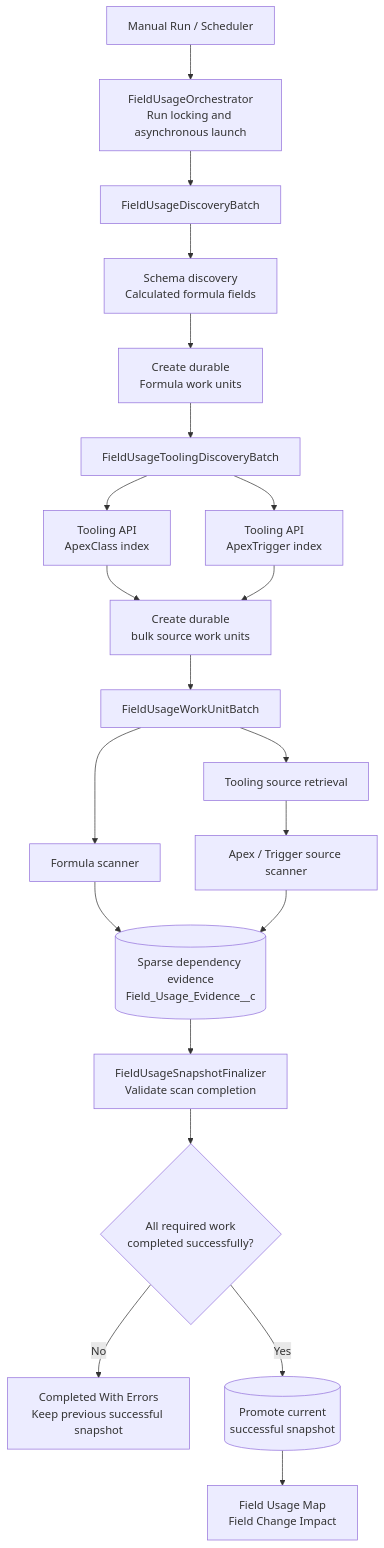
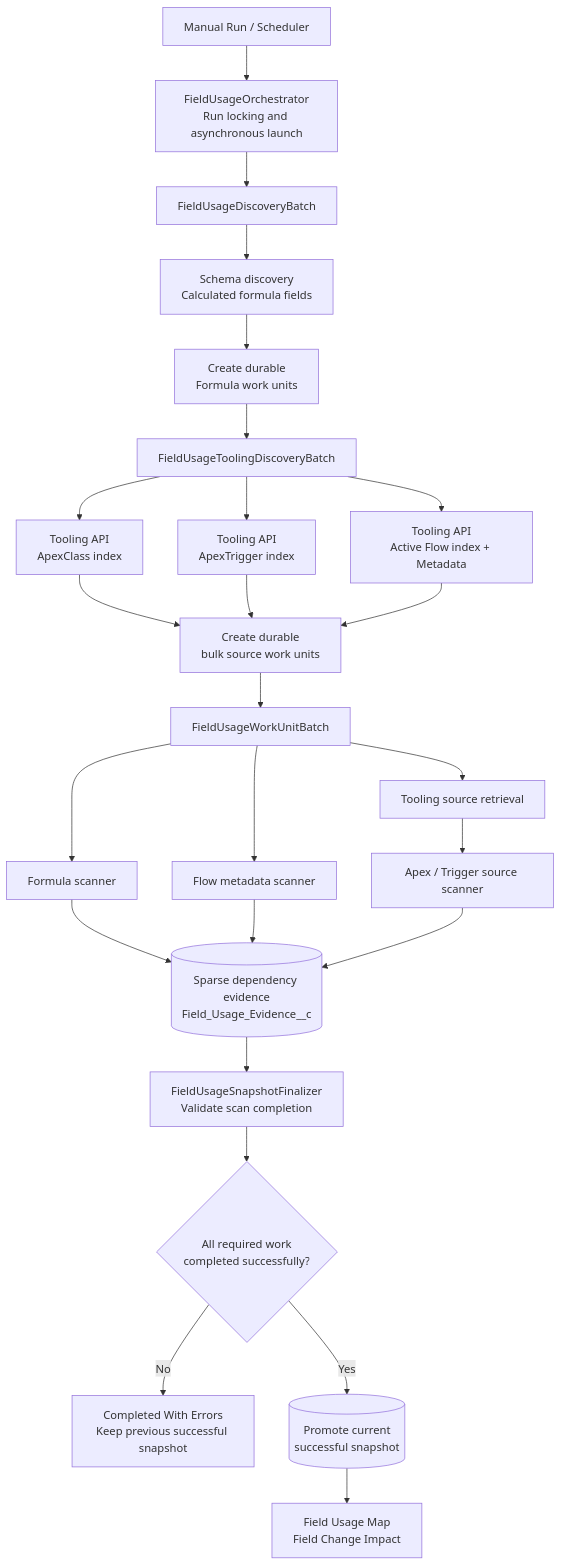
Before and after one commit to vikascohen/Salesforce-ER-Modeller-Studio: the second of 3 diagrams in README.md, drawn with Mermaid. The commit also changed other lines of this file, not shown here.

Commit message:
Phase 3 docs: include active Flow dependency scanning

````diff
--- a/README.md
+++ b/README.md
@@ -72,45 +73,51 @@
 ```mermaid
 flowchart TD
     START["Manual Run / Scheduler"]
     ORCH["FieldUsageOrchestrator<br/>Run locking and asynchronous launch"]
 
     DISC["FieldUsageDiscoveryBatch"]
     FORMULA["Schema discovery<br/>Calculated formula fields"]
     FWORK["Create durable<br/>Formula work units"]
 
     TDISC["FieldUsageToolingDiscoveryBatch"]
     APEXIDX["Tooling API<br/>ApexClass index"]
     TRIGGERIDX["Tooling API<br/>ApexTrigger index"]
+    FLOWIDX["Tooling API<br/>Active Flow index + Metadata"]
     TWORK["Create durable<br/>bulk source work units"]
 
     WORKER["FieldUsageWorkUnitBatch"]
     FSCAN["Formula scanner"]
+    FLOWSCAN["Flow metadata scanner"]
     SOURCE["Tooling source retrieval"]
     ASCAN["Apex / Trigger source scanner"]
     EVIDENCE[("Sparse dependency evidence<br/>Field_Usage_Evidence__c")]
 
     FINAL["FieldUsageSnapshotFinalizer<br/>Validate scan completion"]
     DECISION{"All required work<br/>completed successfully?"}
     ERROR["Completed With Errors<br/>Keep previous successful snapshot"]
     CURRENT[("Promote current<br/>successful snapshot")]
     UI["Field Usage Map<br/>Field Change Impact"]
 
     START --> ORCH --> DISC
     DISC --> FORMULA --> FWORK
     FWORK --> TDISC
     TDISC --> APEXIDX
     TDISC --> TRIGGERIDX
+    TDISC --> FLOWIDX
     APEXIDX --> TWORK
     TRIGGERIDX --> TWORK
+    FLOWIDX --> TWORK
     TWORK --> WORKER
 
     WORKER --> FSCAN
+    WORKER --> FLOWSCAN
     WORKER --> SOURCE --> ASCAN
 
     FSCAN --> EVIDENCE
+    FLOWSCAN --> EVIDENCE
     ASCAN --> EVIDENCE
 
     EVIDENCE --> FINAL --> DECISION
     DECISION -->|"Yes"| CURRENT --> UI
     DECISION -->|"No"| ERROR
 ```
````
